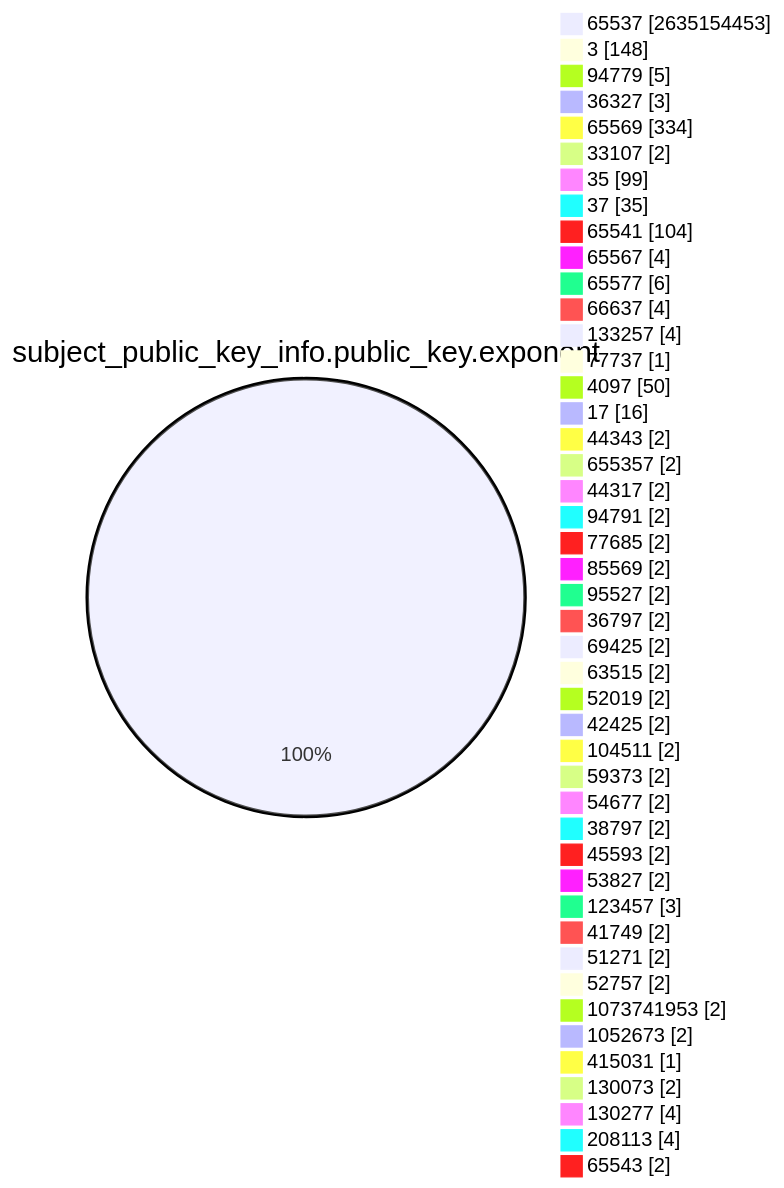
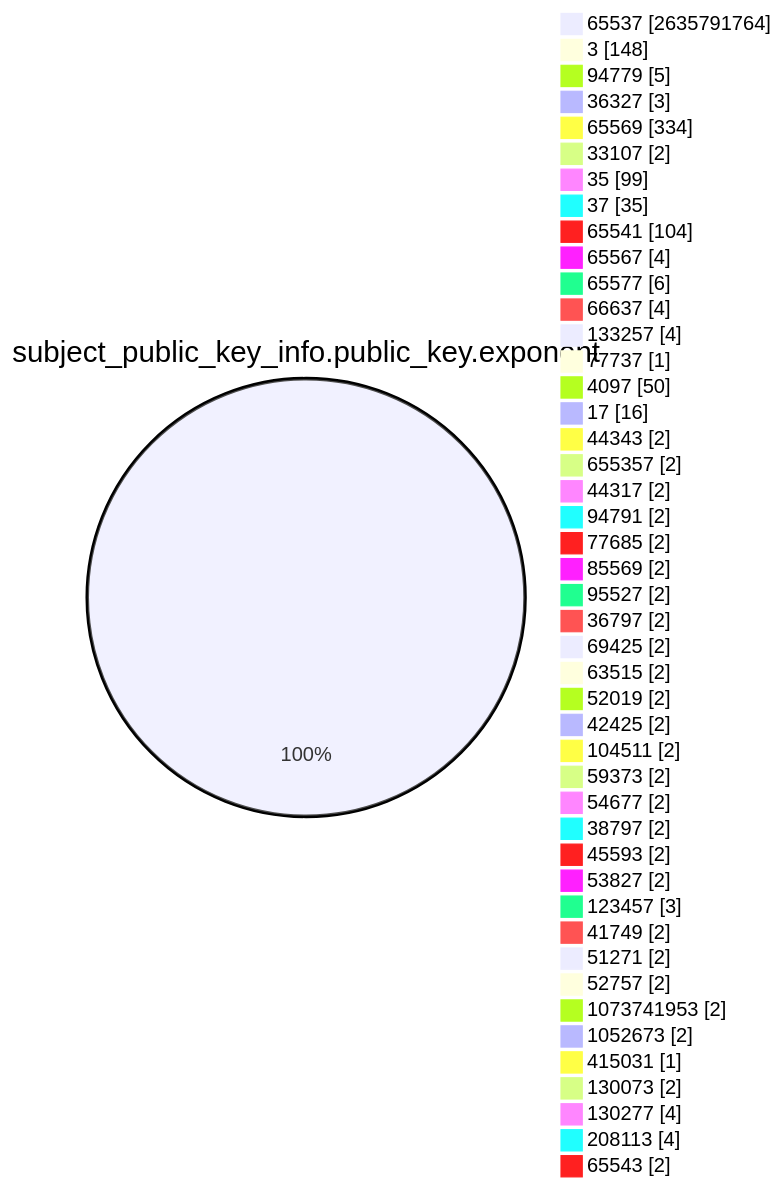
One commit to christiankrug/ctmonitor_visualization changed the fourth of 15 diagrams in TOTAL/README.md. Above: the diagram before and after it, drawn with Mermaid. The commit also changed other lines of this file, not shown here.

````diff
--- a/TOTAL/README.md
+++ b/TOTAL/README.md
@@ -1466,49 +1466,49 @@
 ```mermaid
 pie showData
 title subject_public_key_info.public_key.exponent
-"65537" :2635154453
+"65537" :2635791764
 "3" :148
 "94779" :5
 "36327" :3
 "65569" :334
 "33107" :2
 "35" :99
 "37" :35
 "65541" :104
 "65567" :4
 "65577" :6
 "66637" :4
 "133257" :4
 "77737" :1
 "4097" :50
 "17" :16
 "44343" :2
 "655357" :2
 "44317" :2
 "94791" :2
 "77685" :2
 "85569" :2
 "95527" :2
 "36797" :2
 "69425" :2
 "63515" :2
 "52019" :2
 "42425" :2
 "104511" :2
 "59373" :2
 "54677" :2
 "38797" :2
 "45593" :2
 "53827" :2
 "123457" :3
 "41749" :2
 "51271" :2
 "52757" :2
 "1073741953" :2
 "1052673" :2
 "415031" :1
 "130073" :2
 "130277" :4
 "208113" :4
 "65543" :2
 ```
````
